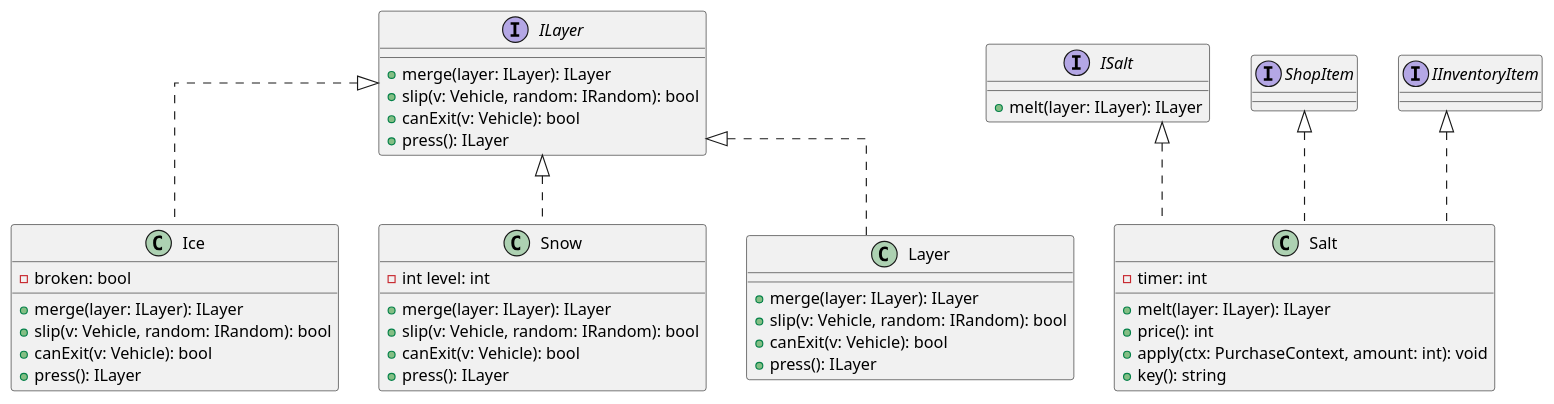
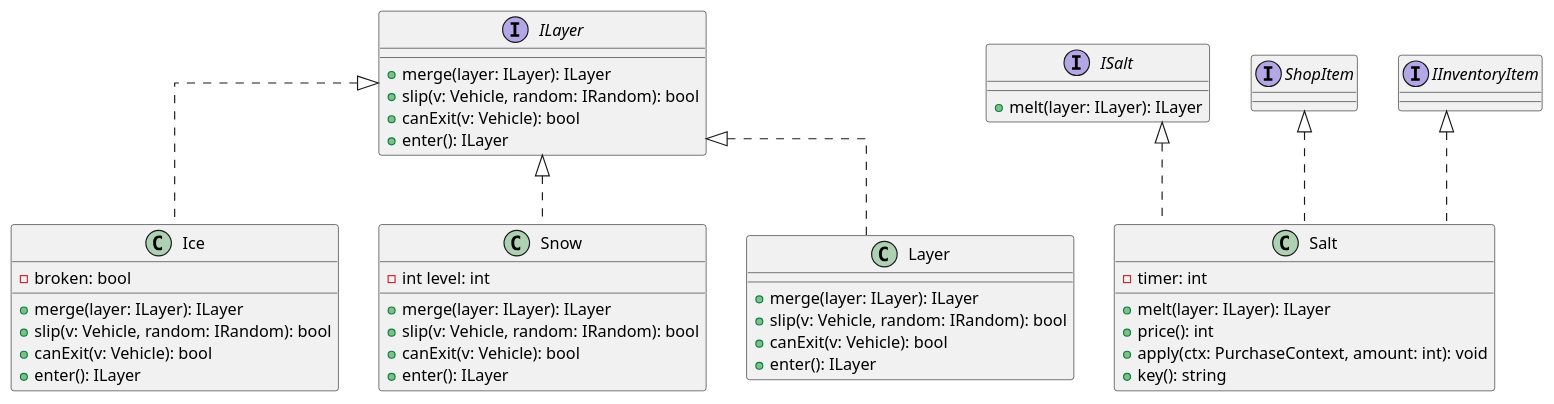
Before and after one commit to uhrinandor/spring: the diagram in docs/analizis1/classdiagram/3.plantuml, drawn with PlantUML.

Commit message:
ez kimaradt az add-ból

```diff
--- a/docs/analizis1/classdiagram/3.plantuml
+++ b/docs/analizis1/classdiagram/3.plantuml
@@ -1,57 +1,57 @@
 @startuml "layers"
 skinparam linetype ortho
 
    interface ILayer{
        + merge(layer: ILayer): ILayer
        + slip(v: Vehicle, random: IRandom): bool
        + canExit(v: Vehicle): bool
-       + press(): ILayer 
+       + enter(): ILayer 
    }
 
 
    interface ISalt {
        + melt(layer: ILayer): ILayer
    }
 
  class Ice implements ILayer
     {
     -broken: bool
     +merge(layer: ILayer): ILayer
     +slip(v: Vehicle, random: IRandom): bool
     +canExit(v: Vehicle): bool
-    +press(): ILayer
+    +enter(): ILayer
     }
    
     
     class Snow implements ILayer
     {
     -int level: int
     +merge(layer: ILayer): ILayer
     +slip(v: Vehicle, random: IRandom): bool
     +canExit(v: Vehicle): bool
-    +press(): ILayer
+    +enter(): ILayer
     }
    
     
     
     class Salt implements ShopItem, IInventoryItem, ISalt
     {
     -timer: int
     +melt(layer: ILayer): ILayer
     +price(): int
     +apply(ctx: PurchaseContext, amount: int): void
     +key(): string
     }
     
     class Layer implements ILayer
     {
     +merge(layer: ILayer): ILayer
     +slip(v: Vehicle, random: IRandom): bool
     +canExit(v: Vehicle): bool
-    +press(): ILayer
+    +enter(): ILayer
     }
    
 
 
 
 @enduml
```
